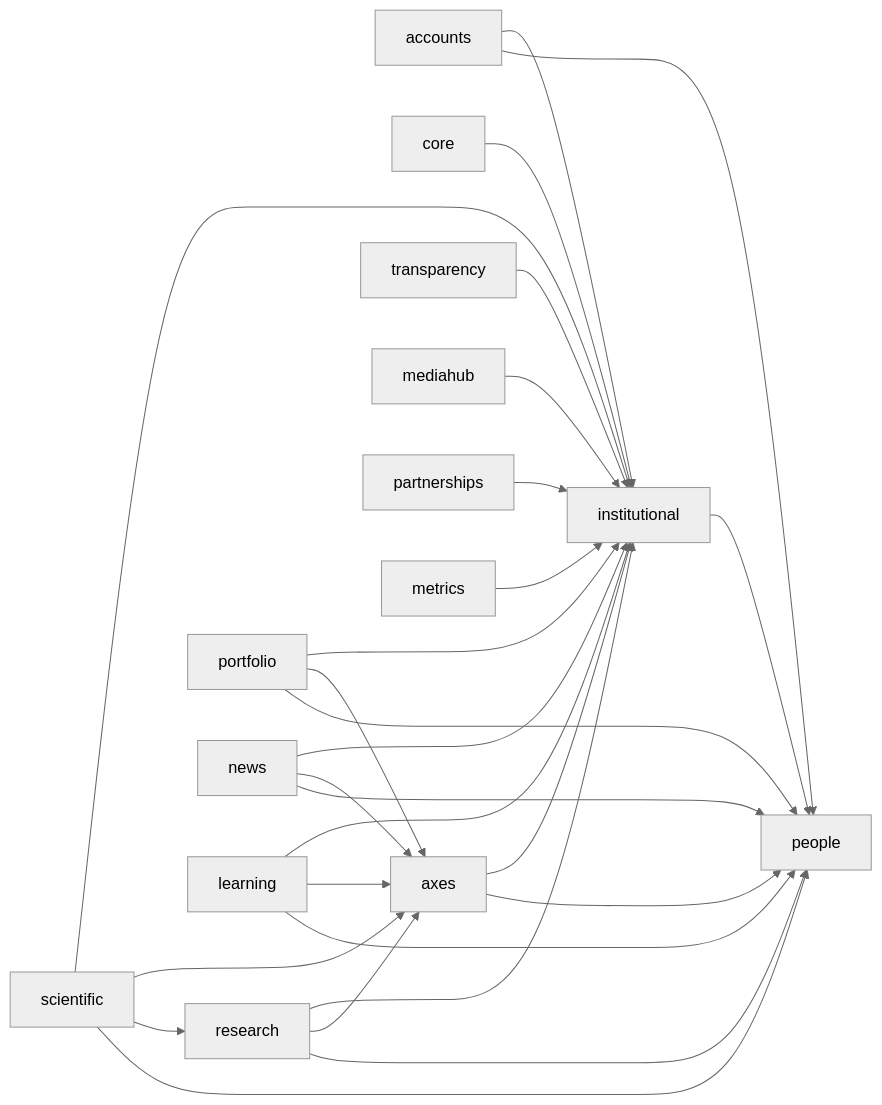
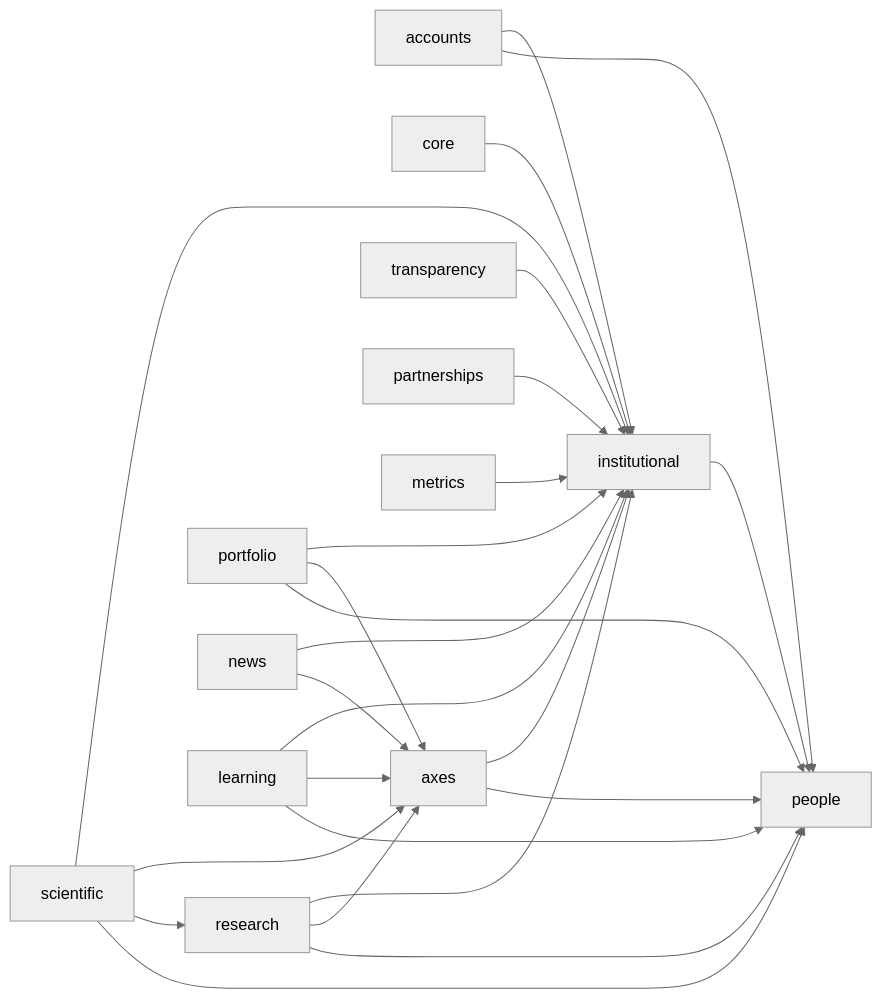
Before and after one commit to MarcosVini753/latec-in: the diagram in docs/architecture/diagrams/module-map.md, drawn with Mermaid (neutral theme). The commit also changed other lines of this file and 103 other files, not shown here.

First line of the commit message:
Refactor institutional architecture and content management

````diff
--- a/docs/architecture/diagrams/module-map.md
+++ b/docs/architecture/diagrams/module-map.md
@@ -3,36 +3,34 @@
 ```mermaid
 flowchart LR
   accounts --> institutional
   accounts --> people
   institutional --> people
 
   core --> institutional
   axes --> institutional
   axes --> people
 
   research --> institutional
   research --> axes
   research --> people
 
   portfolio --> institutional
   portfolio --> axes
   portfolio --> people
 
   scientific --> institutional
   scientific --> axes
   scientific --> research
   scientific --> people
 
   news --> institutional
   news --> axes
-  news --> people
 
   learning --> institutional
   learning --> axes
   learning --> people
 
   transparency --> institutional
-  mediahub --> institutional
   partnerships --> institutional
   metrics --> institutional
 ```
````
